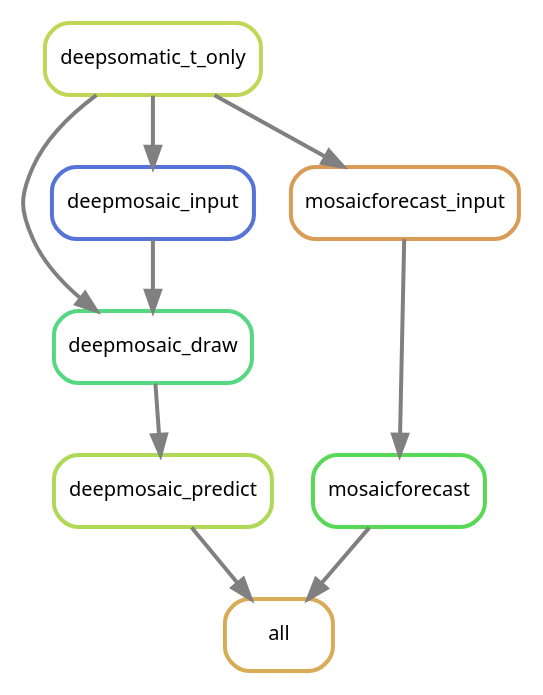
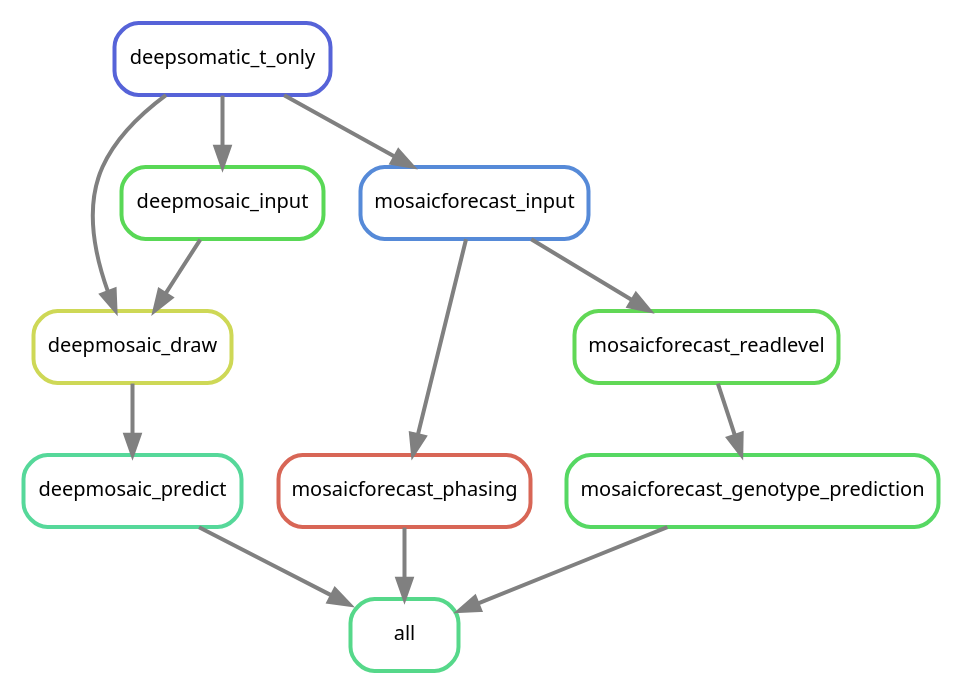
The diagram in docs/images/snv_indels_mosaic.dot (hydra-genetics/snv_indels), drawn with Graphviz before and after one commit. The commit also changed 2 other files, not shown here.

Commit message:
Update dag graph

```diff
--- a/docs/images/snv_indels_mosaic.dot
+++ b/docs/images/snv_indels_mosaic.dot
@@ -1,20 +1,25 @@
 digraph snakemake_dag {
     graph[bgcolor=white, margin=0];
     node[shape=box, style=rounded, fontname=sans,                 fontsize=10, penwidth=2];
     edge[penwidth=2, color=grey];
-	0[label = "all", color = "0.11 0.6 0.85", style="rounded"];
-	1[label = "deepmosaic_predict", color = "0.22 0.6 0.85", style="rounded"];
-	2[label = "deepmosaic_draw", color = "0.39 0.6 0.85", style="rounded"];
-	3[label = "deepmosaic_input", color = "0.63 0.6 0.85", style="rounded"];
-	4[label = "deepsomatic_t_only", color = "0.20 0.6 0.85", style="rounded"];
-	5[label = "mosaicforecast", color = "0.33 0.6 0.85", style="rounded"];
-	6[label = "mosaicforecast_input", color = "0.09 0.6 0.85", style="rounded"];
-	1 -> 0
-	5 -> 0
-	2 -> 1
-	3 -> 2
-	4 -> 2
-	4 -> 3
-	6 -> 5
-	4 -> 6
-}            
+        0[label = "all", color = "0.40 0.6 0.85", style="rounded"];
+        1[label = "deepmosaic_predict", color = "0.42 0.6 0.85", style="rounded"];
+        2[label = "deepmosaic_draw", color = "0.18 0.6 0.85", style="rounded"];
+        3[label = "deepmosaic_input", color = "0.33 0.6 0.85", style="rounded"];
+        4[label = "deepsomatic_t_only", color = "0.65 0.6 0.85", style="rounded"];
+        5[label = "mosaicforecast_phasing", color = "0.02 0.6 0.85", style="rounded"];
+        6[label = "mosaicforecast_input", color = "0.60 0.6 0.85", style="rounded"];
+        7[label = "mosaicforecast_genotype_prediction", color = "0.35 0.6 0.85", style="rounded"];
+        8[label = "mosaicforecast_readlevel", color = "0.32 0.6 0.85", style="rounded"];
+        7 -> 0
+        5 -> 0
+        1 -> 0
+        2 -> 1
+        4 -> 2
+        3 -> 2
+        4 -> 3
+        6 -> 5
+        4 -> 6
+        8 -> 7
+        6 -> 8
+}
```
